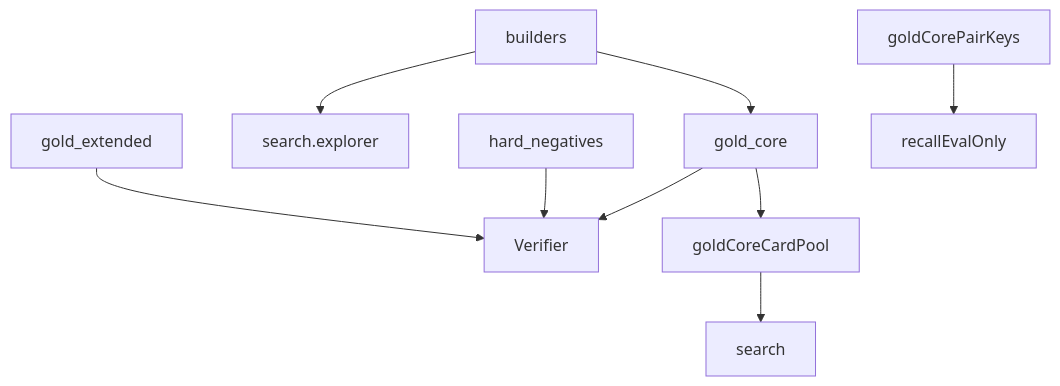
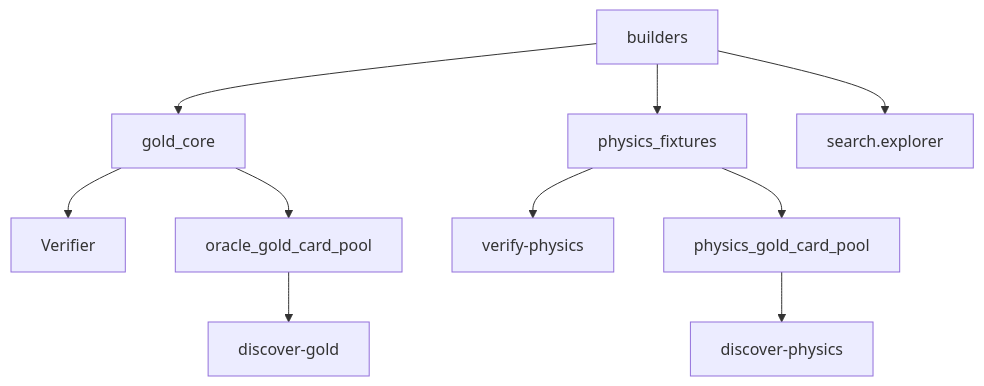
Before and after one commit to witzbeck/mtg-loop-engine: the diagram in src/mtg_loop_engine/corpus/README.md, drawn with Mermaid. The commit also changed other lines of this file and 36 other files, not shown here.

First line of the commit message:
Separate Oracle gold_core from physics fixtures (Wave 0)

````diff
--- a/src/mtg_loop_engine/corpus/README.md
+++ b/src/mtg_loop_engine/corpus/README.md
@@ -11,11 +13,12 @@
 ```mermaid
 graph TB;
   builders[builders] --> goldCore[gold_core];
+  builders --> physics[physics_fixtures];
   builders --> explorer[search.explorer];
   goldCore --> verifier[Verifier];
-  hardNeg[hard_negatives] --> verifier;
-  goldExt[gold_extended] --> verifier;
-  goldCore --> pool[goldCoreCardPool];
-  pool --> search[search];
-  goldKeys[goldCorePairKeys] --> recall[recallEvalOnly];
+  physics --> verifyPhysics[verify-physics];
+  goldCore --> oraclePool[oracle_gold_card_pool];
+  physics --> physicsPool[physics_gold_card_pool];
+  oraclePool --> discoverGold[discover-gold];
+  physicsPool --> discoverPhysics[discover-physics];
 ```
````
